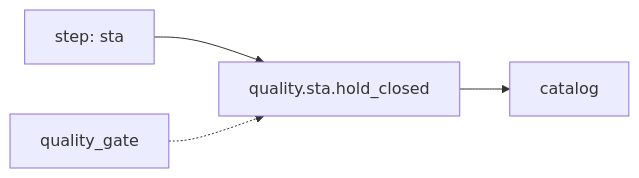
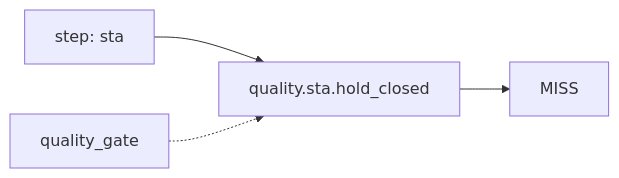
One commit to openecos-projects/ecc changed diagram 16 of 53 in .github/signoff-board/signoff-kanban.md. Above: the diagram before and after it, drawn with Mermaid. The commit also changed other lines of this file and 2 other files, not shown here.

First line of the commit message:
feat(signoff): add performance / iSTA catalog slots (43 metrics)

````diff
--- a/.github/signoff-board/signoff-kanban.md
+++ b/.github/signoff-board/signoff-kanban.md
@@ -425,6 +457,6 @@
 ```mermaid
 flowchart LR
   step_quality_sta_hold_closed["step: sta"] --> metric_quality_sta_hold_closed["quality.sta.hold_closed"]
-  metric_quality_sta_hold_closed --> state_quality_sta_hold_closed["catalog"]
+  metric_quality_sta_hold_closed --> state_quality_sta_hold_closed["MISS"]
   cat_quality_sta_hold_closed["quality_gate"] -.-> metric_quality_sta_hold_closed
 ```
````
